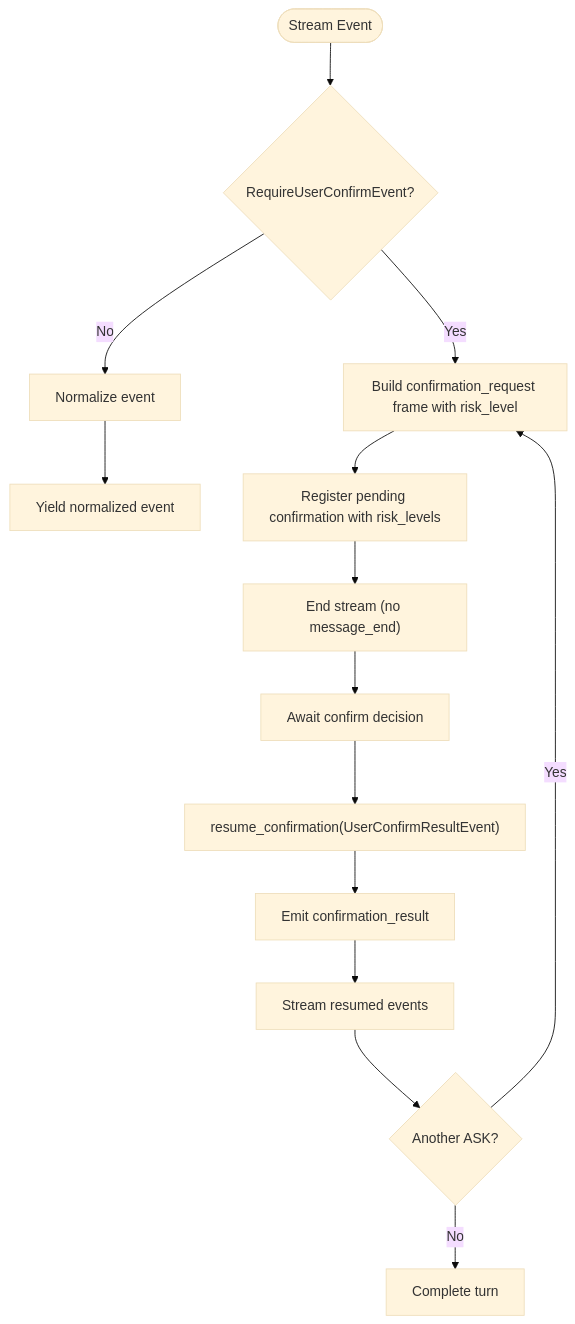
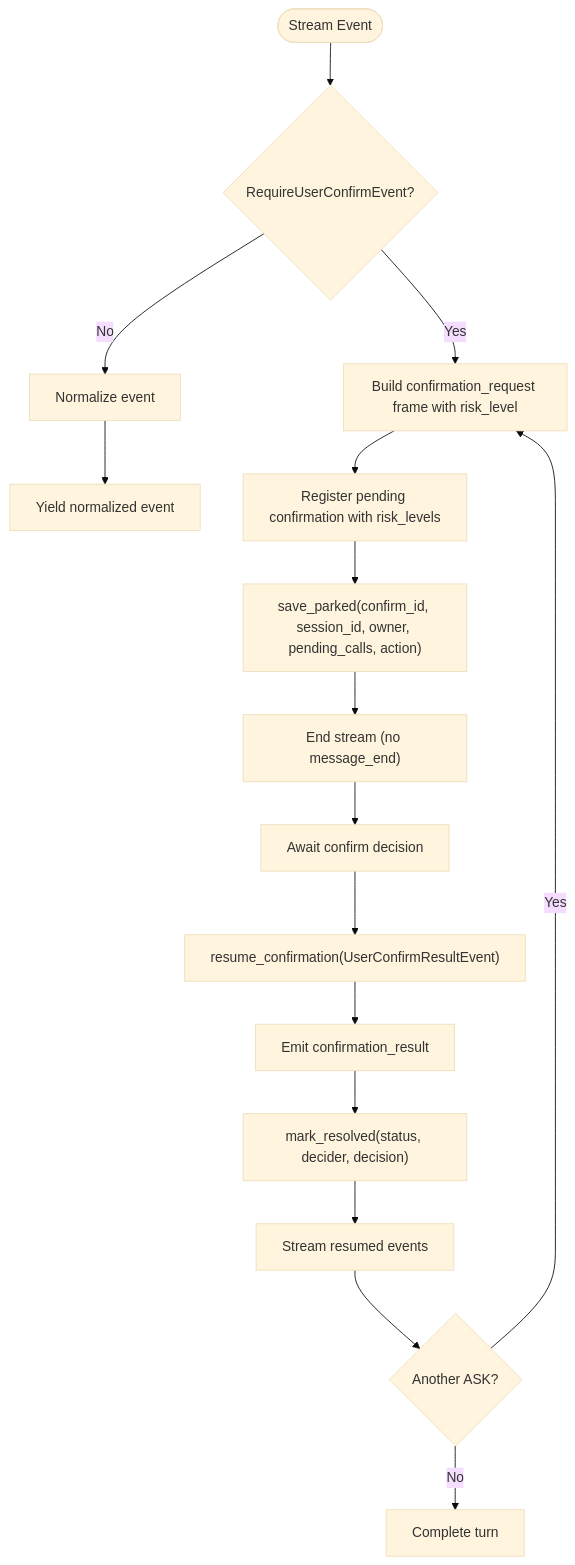
One commit to metasync/luban-aiops changed the fifth of 11 diagrams in .qoder/repowiki/en/content/Agent Platform Service/HITL Confirmation Bridging (SPEC-020).md. Above: the diagram before and after it, drawn with Mermaid (base theme). The commit also changed other lines of this file and 65 other files, not shown here.

````diff
--- a/.qoder/repowiki/en/content/Agent Platform Service/HITL Confirmation Bridging (SPEC-020).md
+++ b/.qoder/repowiki/en/content/Agent Platform Service/HITL Confirmation Bridging (SPEC-020).md
@@ -262,16 +313,18 @@
 ```mermaid
 flowchart TD
 Start(["Stream Event"]) --> CheckASK{"RequireUserConfirmEvent?"}
 CheckASK -- No --> Normalize["Normalize event"]
 Normalize --> Yield["Yield normalized event"]
 CheckASK -- Yes --> BuildFrame["Build confirmation_request frame with risk_level"]
 BuildFrame --> Register["Register pending confirmation with risk_levels"]
-Register --> EndStream["End stream (no message_end)"]
+Register --> Persist["save_parked(confirm_id, session_id, owner, pending_calls, action)"]
+Persist --> EndStream["End stream (no message_end)"]
 EndStream --> WaitDecision["Await confirm decision"]
 WaitDecision --> Resume["resume_confirmation(UserConfirmResultEvent)"]
 Resume --> ResultFrame["Emit confirmation_result"]
-ResultFrame --> ContinueStream["Stream resumed events"]
+ResultFrame --> RecordResolution["mark_resolved(status, decider, decision)"]
+RecordResolution --> ContinueStream["Stream resumed events"]
 ContinueStream --> ChainedASK{"Another ASK?"}
 ChainedASK -- Yes --> BuildFrame
 ChainedASK -- No --> Complete["Complete turn"]
 ```
````
